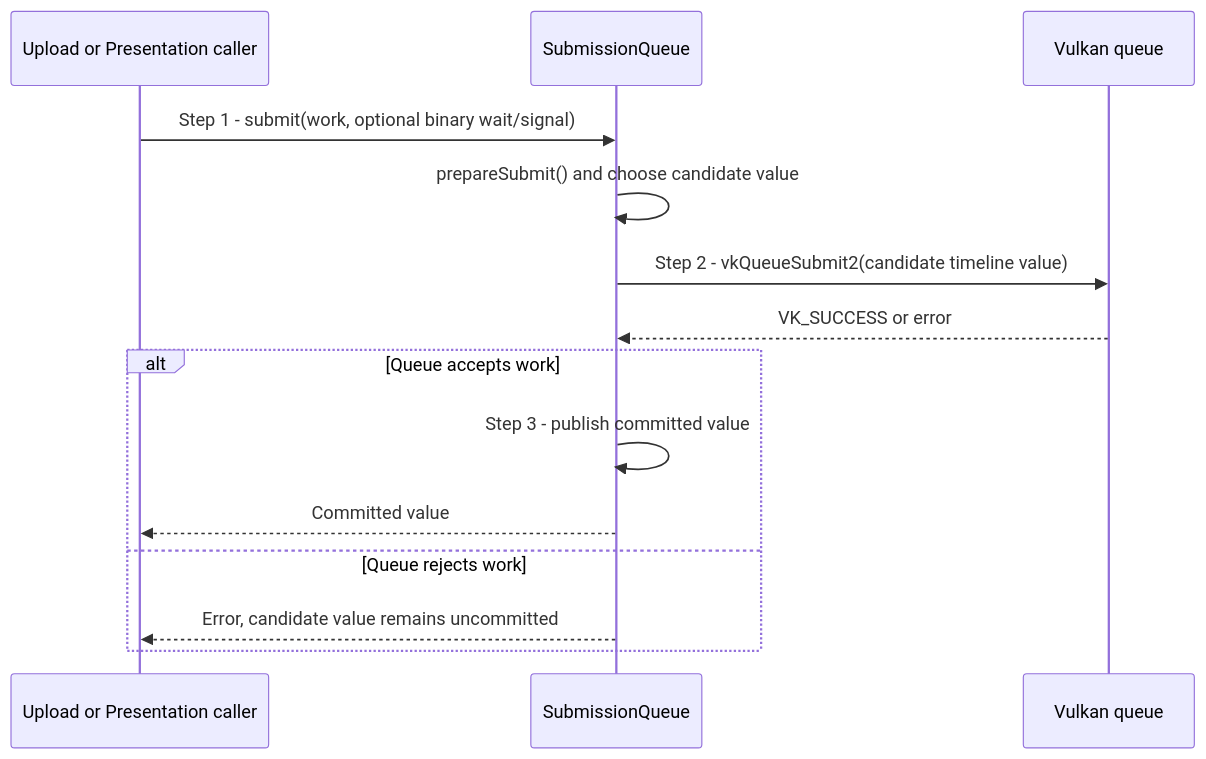
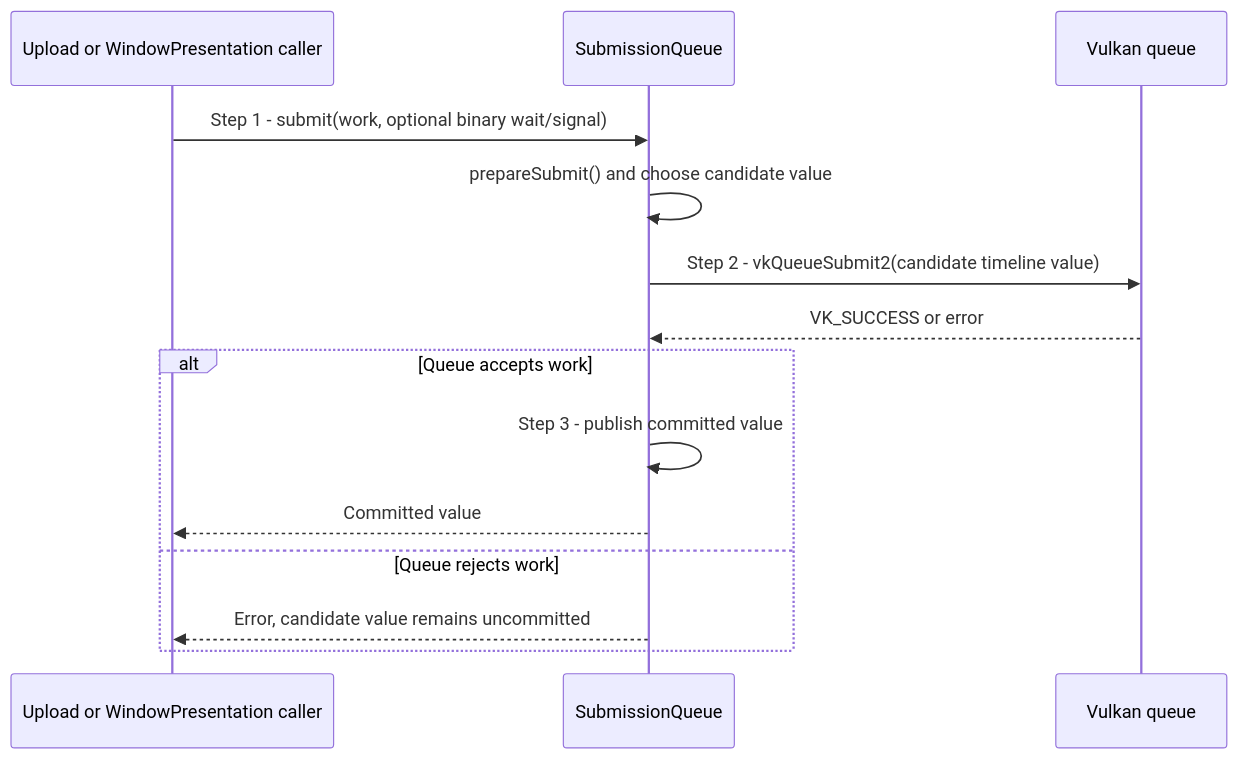
One commit to a-soltysik/Panda changed the diagram in docs/use-cases/commit-context-submission.md. Above: the diagram before and after it, drawn with Mermaid. The commit also changed other lines of this file and 83 other files, not shown here.

````diff
--- a/docs/use-cases/commit-context-submission.md
+++ b/docs/use-cases/commit-context-submission.md
@@ -34,16 +34,16 @@
 ```mermaid
 sequenceDiagram
-    participant C as Upload or Presentation caller
+    participant C as Upload or WindowPresentation caller
     participant Q as SubmissionQueue
     participant V as Vulkan queue
     C ->> Q: Step 1 - submit(work, optional binary wait/signal)
     Q ->> Q: prepareSubmit() and choose candidate value
     Q ->> V: Step 2 - vkQueueSubmit2(candidate timeline value)
     V -->> Q: VK_SUCCESS or error
     alt Queue accepts work
         Q ->> Q: Step 3 - publish committed value
         Q -->> C: Committed value
     else Queue rejects work
         Q -->> C: Error, candidate value remains uncommitted
     end
 ```
````
